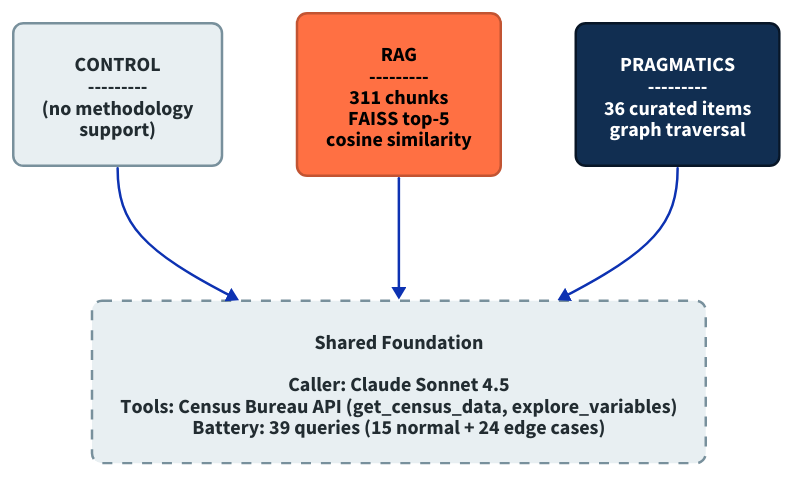
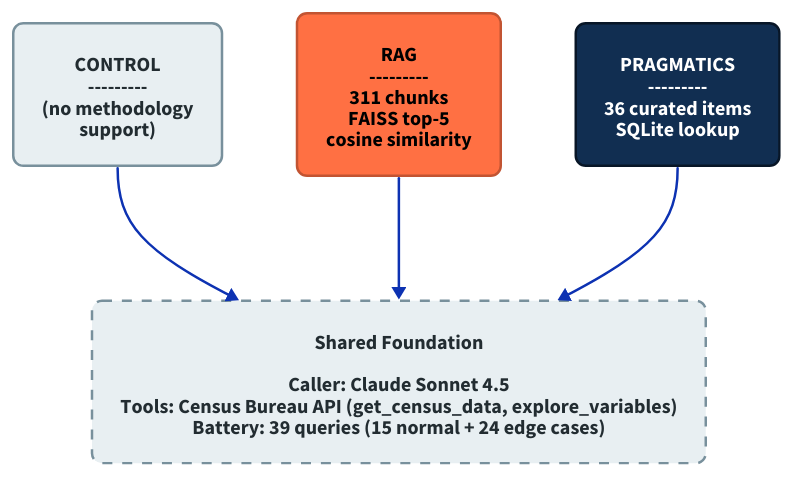
The diagram in paper/assets/diagrams/F6_experimental_design.d2 (brockwebb/open-census-mcp-server), drawn with D2 before and after one commit. The commit also changed 37 other files, not shown here.

```diff
--- a/paper/assets/diagrams/F6_experimental_design.d2
+++ b/paper/assets/diagrams/F6_experimental_design.d2
@@ -1,49 +1,49 @@
 ##################################################
 # F5: Three-Condition Experimental Design
 # Control / RAG / Pragmatics -> shared foundation
 # Palette: Census xdgov Data Design Standards
 # 508 compliance: all text/background pairs >= 4.5:1
 ##################################################
 
 direction: down
 
 control: "CONTROL\n---------\n(no methodology\nsupport)" {
   style.fill: "#E8EFF2"
   style.stroke: "#78909C"
   style.stroke-width: 2
   style.font-color: "#222C31"
   style.border-radius: 8
   style.font-size: 16
 }
 
 rag: "RAG\n---------\n311 chunks\nFAISS top-5\ncosine similarity" {
   style.fill: "#FF7043"
   style.stroke: "#C25432"
   style.stroke-width: 2
   style.font-color: "#000000"
   style.border-radius: 8
   style.font-size: 16
 }
 
-pragmatics: "PRAGMATICS\n---------\n36 curated items\ngraph traversal" {
+pragmatics: "PRAGMATICS\n---------\n36 curated items\nSQLite lookup" {
   style.fill: "#112E51"
   style.stroke: "#081627"
   style.stroke-width: 2
   style.font-color: "#FFFFFF"
   style.border-radius: 8
   style.font-size: 16
 }
 
 foundation: "Shared Foundation\n\nCaller: Claude Sonnet 4.5\nTools: Census Bureau API (get_census_data, explore_variables)\nBattery: 39 queries (15 normal + 24 edge cases)" {
   style.fill: "#E8EFF2"
   style.stroke: "#78909C"
   style.stroke-dash: 4
   style.stroke-width: 2
   style.border-radius: 8
   style.font-size: 16
   style.font-color: "#222C31"
 }
 
 control -> foundation
 rag -> foundation
 pragmatics -> foundation
```
